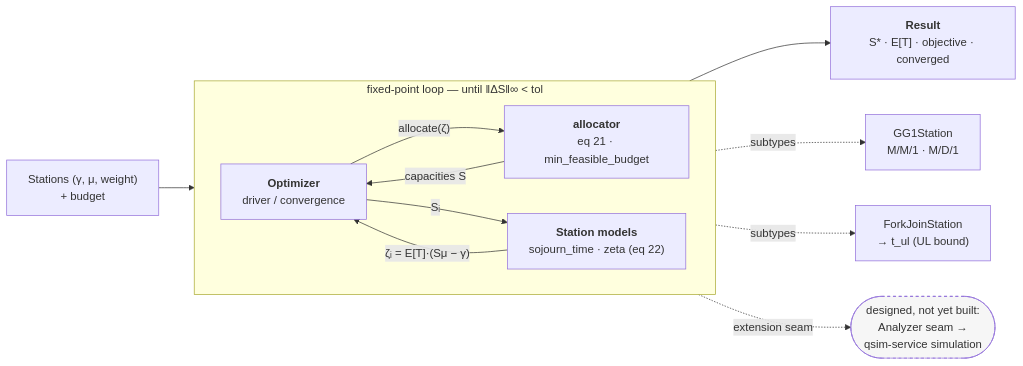
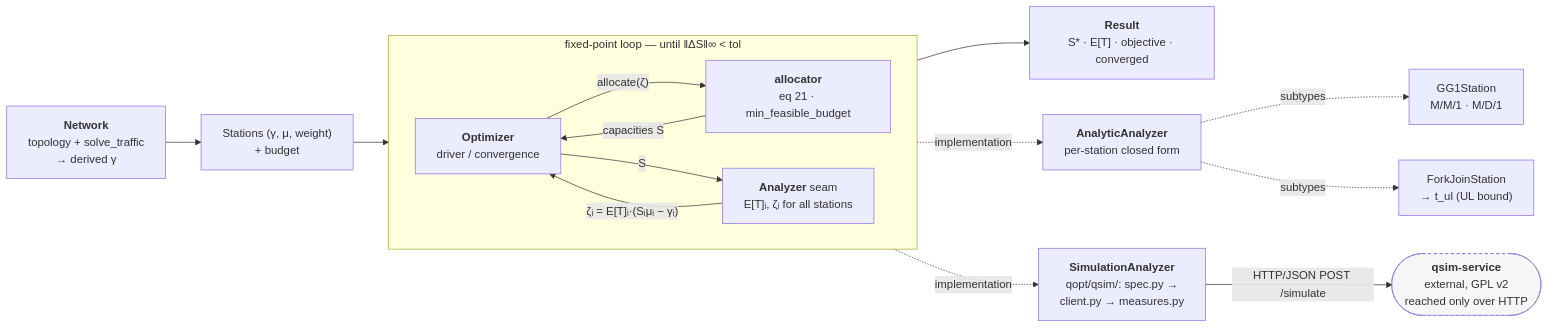
The diagram in README.md (atantawi/quantum-optimizer), drawn with Mermaid before and after one commit. The commit also changed other lines of this file and 20 other files, not shown here.

````diff
--- a/README.md
+++ b/README.md
@@ -25,23 +25,26 @@
 ```mermaid
 flowchart LR
+    NET["<b>Network</b><br/>topology + solve_traffic<br/>→ derived γ"] --> IN
     IN["Stations (γ, μ, weight)<br/>+ budget"] --> OPT
 
     subgraph LOOP["fixed-point loop — until ‖ΔS‖∞ &lt; tol"]
         direction LR
         OPT["<b>Optimizer</b><br/>driver / convergence"]
         ALLOC["<b>allocator</b><br/>eq 21 · min_feasible_budget"]
-        STA["<b>Station models</b><br/>sojourn_time · zeta (eq 22)"]
+        AN["<b>Analyzer</b> seam<br/>E[T]ᵢ, ζᵢ for all stations"]
         OPT -- "allocate(ζ)" --> ALLOC
         ALLOC -- "capacities S" --> OPT
-        OPT -- "Sᵢ" --> STA
-        STA -- "ζᵢ = E[T]·(Sμ − γ)" --> OPT
+        OPT -- "S" --> AN
+        AN -- "ζᵢ = E[T]ᵢ·(Sᵢμᵢ − γᵢ)" --> OPT
     end
 
     OPT --> RES["<b>Result</b><br/>S* · E[T] · objective · converged"]
 
-    STA -. subtypes .-> GG1["GG1Station<br/>M/M/1 · M/D/1"]
-    STA -. subtypes .-> FJ["ForkJoinStation<br/>→ t_ul (UL bound)"]
-    STA -. "extension seam" .-> FUT(["designed, not yet built:<br/>Analyzer seam →<br/>qsim-service simulation"]):::future
+    AN -. implementation .-> ANLY["<b>AnalyticAnalyzer</b><br/>per-station closed form"]
+    ANLY -. subtypes .-> GG1["GG1Station<br/>M/M/1 · M/D/1"]
+    ANLY -. subtypes .-> FJ["ForkJoinStation<br/>→ t_ul (UL bound)"]
+    AN -. implementation .-> SIM["<b>SimulationAnalyzer</b><br/>qopt/qsim/: spec.py →<br/>client.py → measures.py"]
+    SIM -- "HTTP/JSON POST /simulate" --> QSIM(["<b>qsim-service</b><br/>external, GPL v2<br/>reached only over HTTP"]):::external
 
-    classDef future stroke-dasharray: 4 4,fill:#f6f6f6;
+    classDef external stroke-dasharray: 4 4,fill:#f6f6f6;
 ```
````
